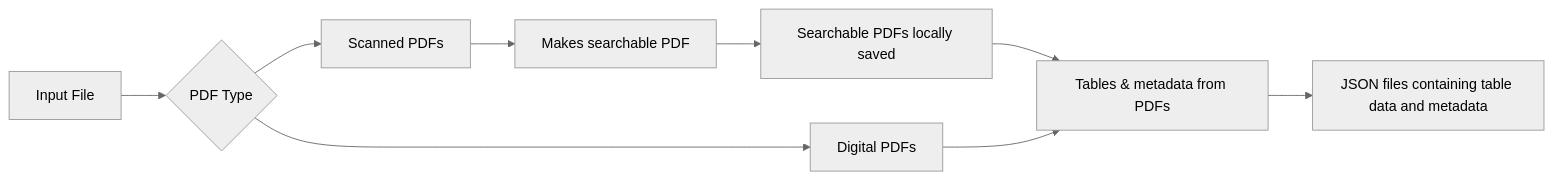
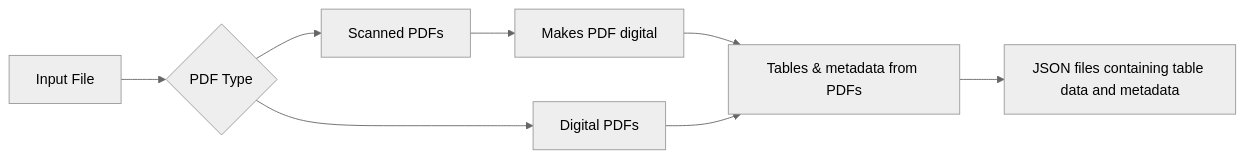
One commit to Pradyumna-RN/Extract-Tables changed the diagram in readme.md. Above: the diagram before and after it, drawn with Mermaid (neutral theme). The commit also changed other lines of this file, not shown here.

````diff
--- a/readme.md
+++ b/readme.md
@@ -4,15 +4,14 @@
 ```mermaid
 graph LR
     B[Input File] --> I{PDF Type}
     I --> J[Scanned PDFs]
     I --> K[Digital PDFs]
 
-    J --> E[Makes searchable PDF]
-    G --> D[Tables & metadata from PDFs]
+    J --> E[Makes PDF digital]
+    E --> D[Tables & metadata from PDFs]
 
     K --> D
 
     D --> H[JSON files containing table data and metadata]
-    E --> G[Searchable PDFs locally saved]
 
 ```
````
